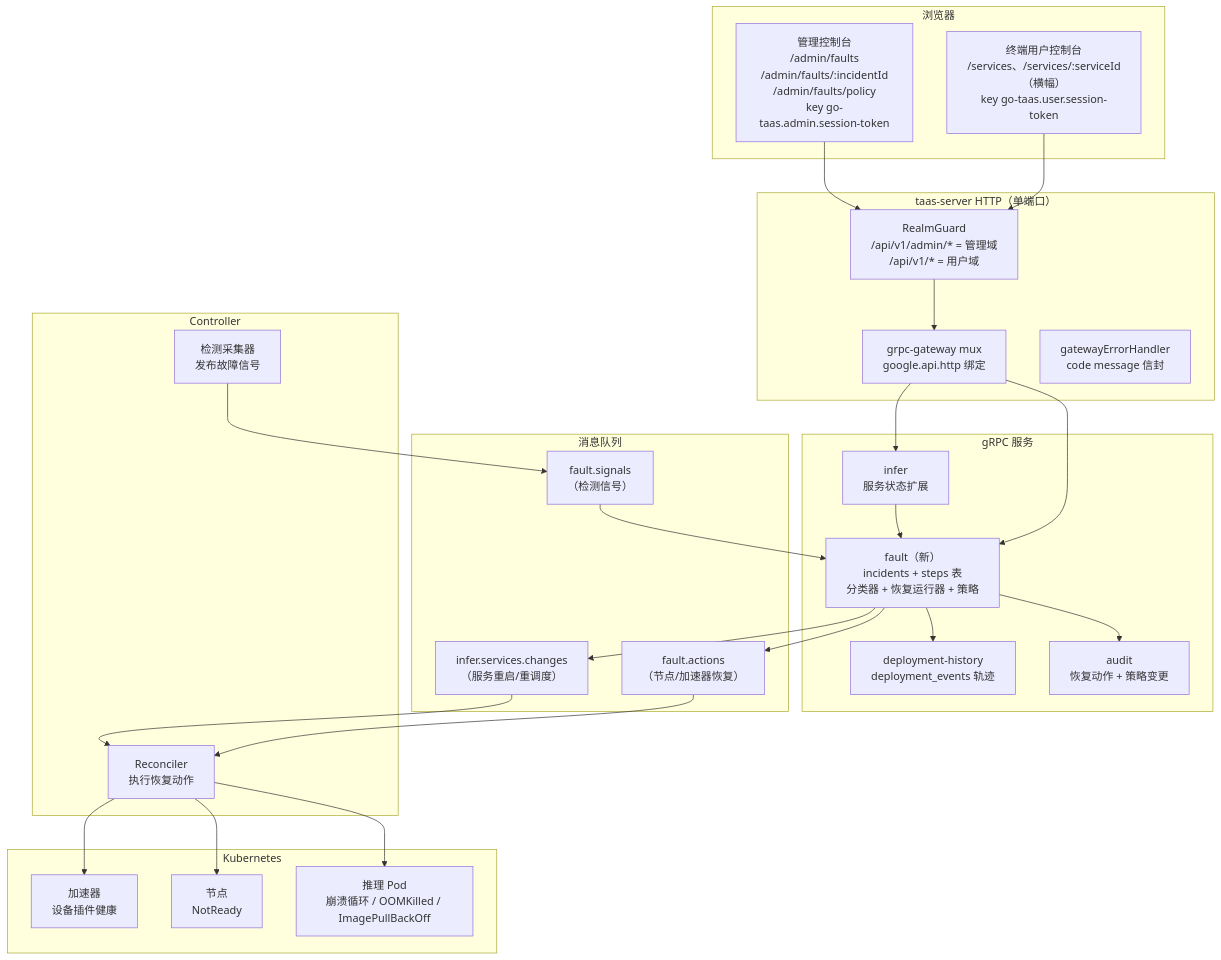
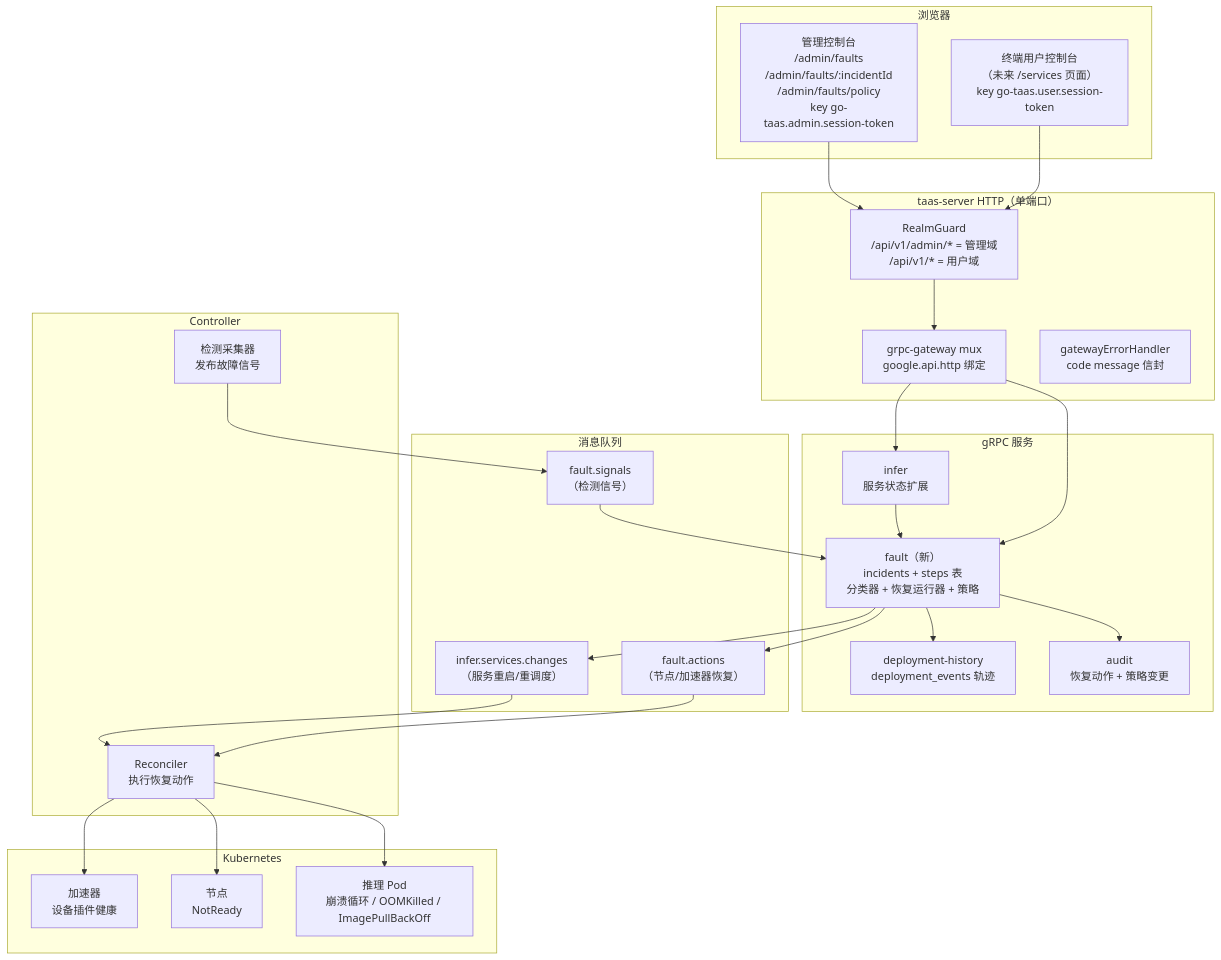
The first of 3 diagrams in site/docs/architecture/fault-diagnosis-auto-recovery.zh-cn.md (go-taas/go-taas), drawn with Mermaid before and after one commit. The commit also changed other lines of this file and 3 other files, not shown here.

````diff
--- a/site/docs/architecture/fault-diagnosis-auto-recovery.zh-cn.md
+++ b/site/docs/architecture/fault-diagnosis-auto-recovery.zh-cn.md
@@ -84,55 +84,55 @@
 ```mermaid
 flowchart TD
     subgraph browsers["浏览器"]
         AC["管理控制台<br/>/admin/faults<br/>/admin/faults/:incidentId<br/>/admin/faults/policy<br/>key go-taas.admin.session-token"]
-        UC["终端用户控制台<br/>/services、/services/:serviceId（横幅）<br/>key go-taas.user.session-token"]
+        UC["终端用户控制台<br/>（未来 /services 页面）<br/>key go-taas.user.session-token"]
     end
 
     subgraph gateway["taas-server HTTP（单端口）"]
         GUARD["RealmGuard<br/>/api/v1/admin/* = 管理域<br/>/api/v1/* = 用户域"]
         MUX["grpc-gateway mux<br/>google.api.http 绑定"]
         ERR["gatewayErrorHandler<br/>code message 信封"]
     end
 
     subgraph services["gRPC 服务"]
         FAULT["fault（新）<br/>incidents + steps 表<br/>分类器 + 恢复运行器 + 策略"]
         INF["infer<br/>服务状态扩展"]
         AUD["audit<br/>恢复动作 + 策略变更"]
         DEP["deployment-history<br/>deployment_events 轨迹"]
     end
 
     subgraph mq["消息队列"]
         SIG["fault.signals<br/>（检测信号）"]
         ACT["fault.actions<br/>（节点/加速器恢复）"]
         CH["infer.services.changes<br/>（服务重启/重调度）"]
     end
 
     subgraph ctrl["Controller"]
         DET["检测采集器<br/>发布故障信号"]
         REC["Reconciler<br/>执行恢复动作"]
     end
 
     subgraph k8s["Kubernetes"]
         POD["推理 Pod<br/>崩溃循环 / OOMKilled / ImagePullBackOff"]
         NODE["节点<br/>NotReady"]
         ACC["加速器<br/>设备插件健康"]
     end
 
     AC --> GUARD
     UC --> GUARD
     GUARD --> MUX
     MUX --> FAULT
     MUX --> INF
     FAULT --> AUD
     FAULT --> DEP
     DET --> SIG
     SIG --> FAULT
     FAULT --> ACT
     ACT --> REC
     FAULT --> CH
     CH --> REC
     REC --> POD
     REC --> NODE
     REC --> ACC
     INF --> FAULT
 ```
````
